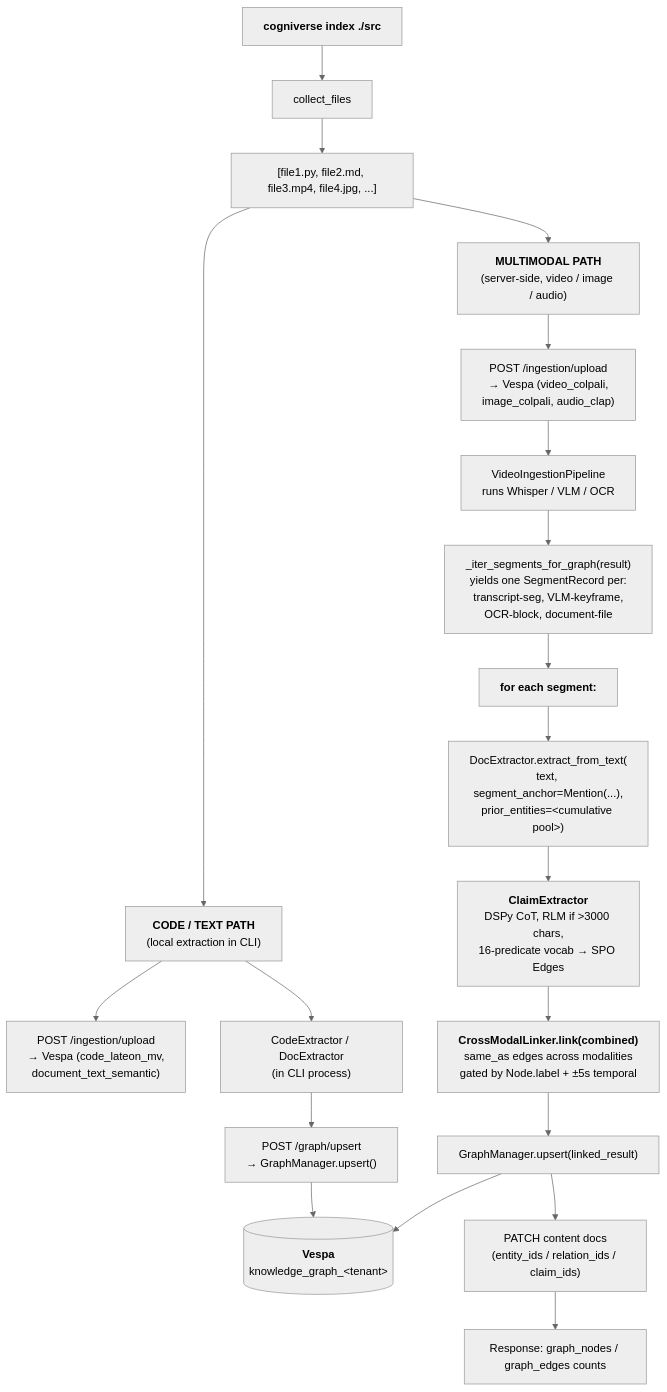
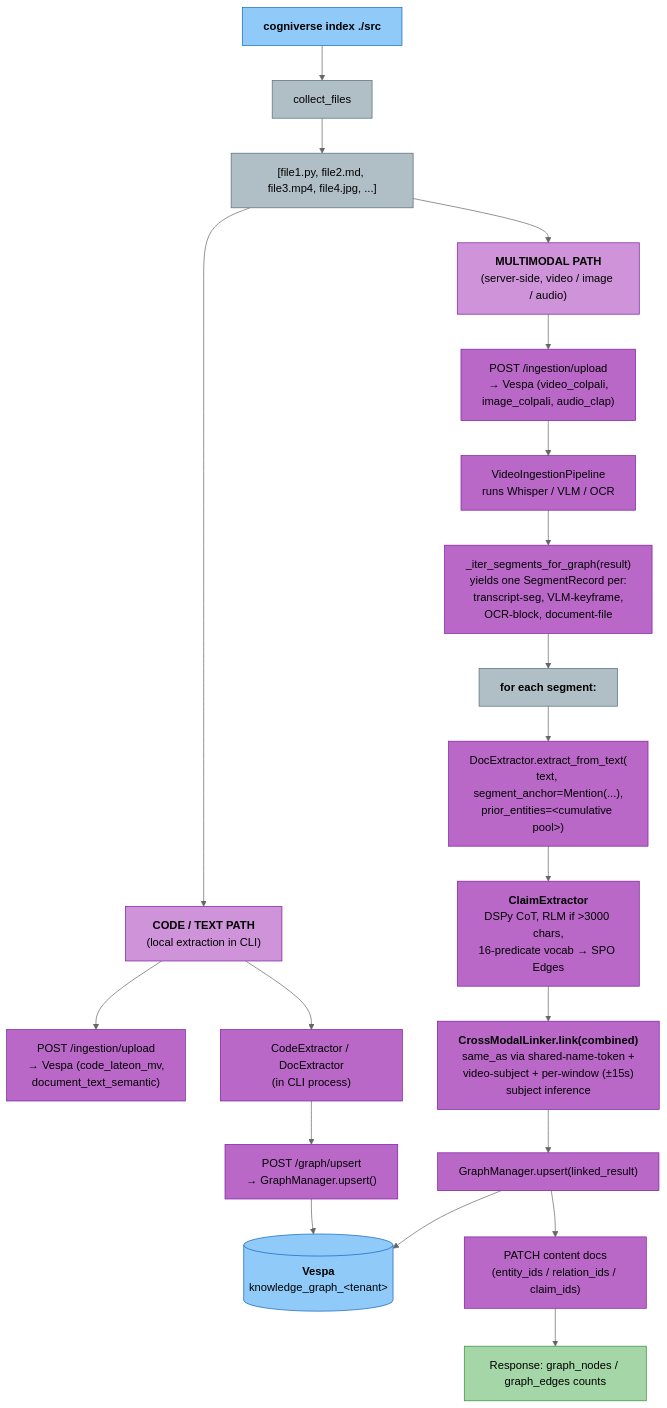
The diagram in docs/user/knowledge-graph.md (amit-jain/cogniverse), drawn with Mermaid (neutral theme) before and after one commit. The commit also changed other lines of this file and 7 other files, not shown here.

First line of the commit message:
Document all 23 agents and convert diagrams to mermaid

````diff
--- a/docs/user/knowledge-graph.md
+++ b/docs/user/knowledge-graph.md
@@ -332,25 +370,45 @@
 ```mermaid
 flowchart TD
     CLI["<span style='color:#000'><b>cogniverse index ./src</b></span>"] --> Collect["<span style='color:#000'>collect_files</span>"]
     Collect --> Files["<span style='color:#000'>[file1.py, file2.md, file3.mp4, file4.jpg, ...]</span>"]
 
     Files --> CodePath["<span style='color:#000'><b>CODE / TEXT PATH</b><br/>(local extraction in CLI)</span>"]
     Files --> MultiPath["<span style='color:#000'><b>MULTIMODAL PATH</b><br/>(server-side, video / image / audio)</span>"]
 
     CodePath --> CodeContent["<span style='color:#000'>POST /ingestion/upload<br/>→ Vespa (code_lateon_mv,<br/>document_text_semantic)</span>"]
     CodePath --> LocalExtract["<span style='color:#000'>CodeExtractor / DocExtractor<br/>(in CLI process)</span>"]
     LocalExtract --> LocalUpsert["<span style='color:#000'>POST /graph/upsert<br/>→ GraphManager.upsert()</span>"]
     LocalUpsert --> Vespa[("<span style='color:#000'><b>Vespa</b><br/>knowledge_graph_&lt;tenant&gt;</span>")]
 
     MultiPath --> MultiContent["<span style='color:#000'>POST /ingestion/upload<br/>→ Vespa (video_colpali,<br/>image_colpali, audio_clap)</span>"]
     MultiContent --> Pipeline["<span style='color:#000'>VideoIngestionPipeline<br/>runs Whisper / VLM / OCR</span>"]
     Pipeline --> Iter["<span style='color:#000'>_iter_segments_for_graph(result)<br/>yields one SegmentRecord per:<br/>transcript-seg, VLM-keyframe,<br/>OCR-block, document-file</span>"]
     Iter --> PerSegLoop["<span style='color:#000'><b>for each segment:</b></span>"]
     PerSegLoop --> DocExtract["<span style='color:#000'>DocExtractor.extract_from_text(<br/>text, segment_anchor=Mention(...),<br/>prior_entities=&lt;cumulative pool&gt;)</span>"]
     DocExtract --> Claim["<span style='color:#000'><b>ClaimExtractor</b><br/>DSPy CoT, RLM if &gt;3000 chars,<br/>16-predicate vocab → SPO Edges</span>"]
-    Claim --> CrossModal["<span style='color:#000'><b>CrossModalLinker.link(combined)</b><br/>same_as edges across modalities<br/>gated by Node.label + ±5s temporal</span>"]
+    Claim --> CrossModal["<span style='color:#000'><b>CrossModalLinker.link(combined)</b><br/>same_as via shared-name-token +<br/>video-subject + per-window (±15s)<br/>subject inference</span>"]
     CrossModal --> MultiUpsert["<span style='color:#000'>GraphManager.upsert(linked_result)</span>"]
     MultiUpsert --> Vespa
     MultiUpsert --> BackRefs["<span style='color:#000'>PATCH content docs<br/>(entity_ids / relation_ids / claim_ids)</span>"]
     BackRefs --> Response["<span style='color:#000'>Response: graph_nodes / graph_edges counts</span>"]
+
+    style CLI fill:#90caf9,stroke:#1565c0,color:#000
+    style Collect fill:#b0bec5,stroke:#546e7a,color:#000
+    style Files fill:#b0bec5,stroke:#546e7a,color:#000
+    style CodePath fill:#ce93d8,stroke:#7b1fa2,color:#000
+    style MultiPath fill:#ce93d8,stroke:#7b1fa2,color:#000
+    style CodeContent fill:#ba68c8,stroke:#7b1fa2,color:#000
+    style LocalExtract fill:#ba68c8,stroke:#7b1fa2,color:#000
+    style LocalUpsert fill:#ba68c8,stroke:#7b1fa2,color:#000
+    style MultiContent fill:#ba68c8,stroke:#7b1fa2,color:#000
+    style Pipeline fill:#ba68c8,stroke:#7b1fa2,color:#000
+    style Iter fill:#ba68c8,stroke:#7b1fa2,color:#000
+    style PerSegLoop fill:#b0bec5,stroke:#546e7a,color:#000
+    style DocExtract fill:#ba68c8,stroke:#7b1fa2,color:#000
+    style Claim fill:#ba68c8,stroke:#7b1fa2,color:#000
+    style CrossModal fill:#ba68c8,stroke:#7b1fa2,color:#000
+    style MultiUpsert fill:#ba68c8,stroke:#7b1fa2,color:#000
+    style BackRefs fill:#ba68c8,stroke:#7b1fa2,color:#000
+    style Response fill:#a5d6a7,stroke:#388e3c,color:#000
+    style Vespa fill:#90caf9,stroke:#1565c0,color:#000
 ```
````
